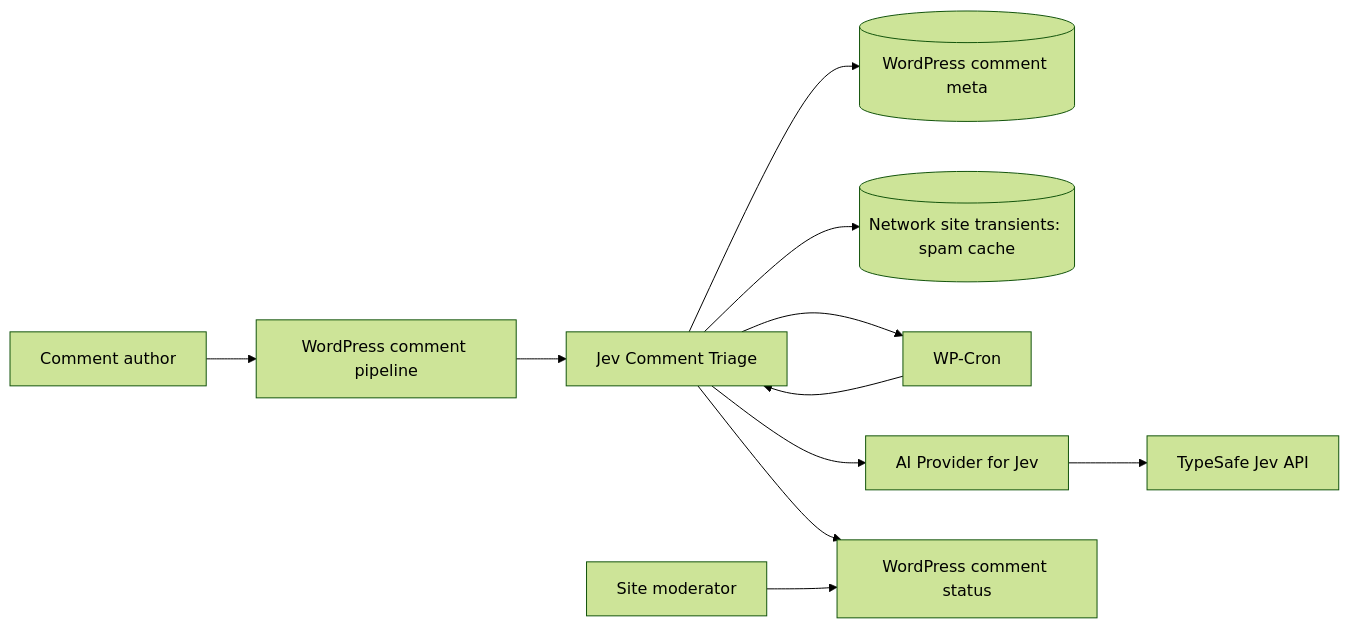
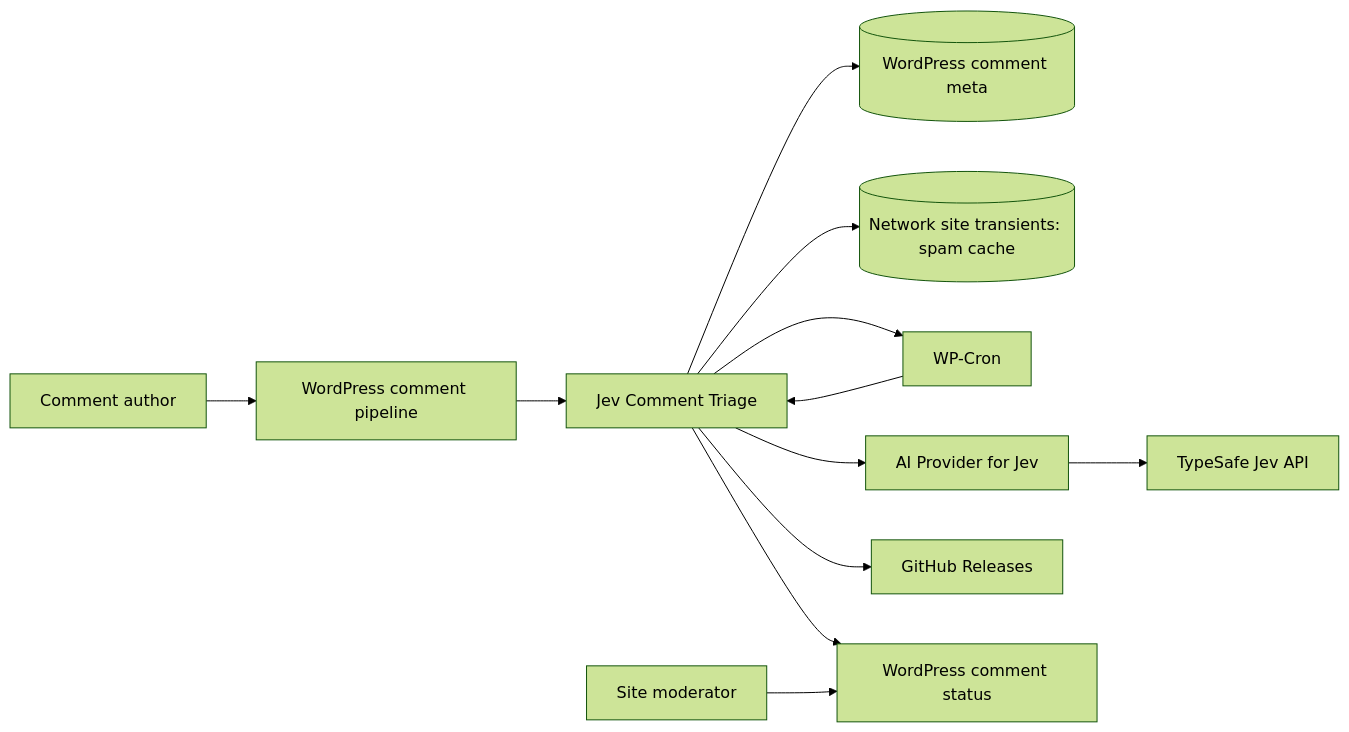
One commit to soderlind/jev-comment-triage changed the diagram in docs/architecture.md. Above: the diagram before and after it, drawn with Mermaid (forest theme). The commit also changed other lines of this file and 8 other files, not shown here.

````diff
--- a/docs/architecture.md
+++ b/docs/architecture.md
@@ -39,13 +40,14 @@
 ```mermaid
 flowchart LR
     Visitor[Comment author] --> WordPress[WordPress comment pipeline]
     WordPress --> Plugin[Jev Comment Triage]
     Plugin --> Meta[(WordPress comment meta)]
     Plugin --> Cache[(Network site transients: spam cache)]
     Plugin --> Cron[WP-Cron]
     Cron --> Plugin
     Plugin --> Provider[AI Provider for Jev]
     Provider --> TypeSafe[TypeSafe Jev API]
+    Plugin --> Releases[GitHub Releases]
     Plugin --> Status[WordPress comment status]
     Moderator[Site moderator] --> Status
 ```
````
